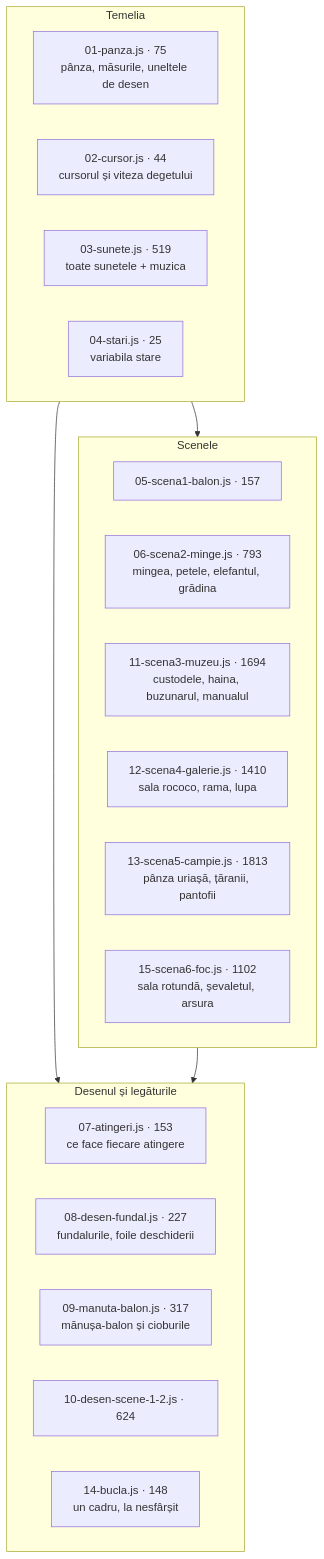
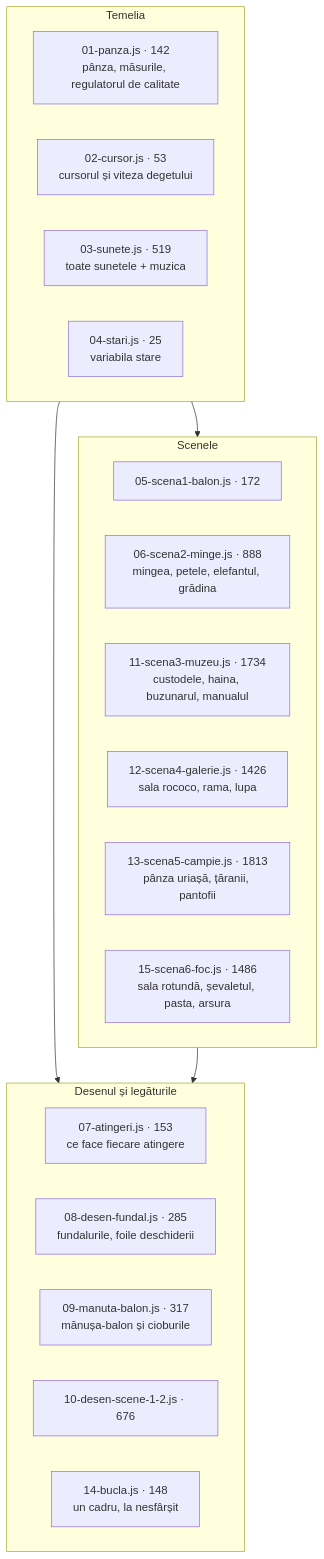
The fifth of 8 diagrams in ARCHITECTURE.md (Whit3G9dNess/Viata-dintr-o-atingere), drawn with Mermaid before and after one commit. The commit also changed other lines of this file and 13 other files, not shown here.

````diff
--- a/ARCHITECTURE.md
+++ b/ARCHITECTURE.md
@@ -115,27 +189,27 @@
 ```mermaid
 flowchart TB
   subgraph T["Temelia"]
-    A1["01-panza.js · 75<br/>pânza, măsurile, uneltele de desen"]
-    A2["02-cursor.js · 44<br/>cursorul și viteza degetului"]
+    A1["01-panza.js · 142<br/>pânza, măsurile, regulatorul de calitate"]
+    A2["02-cursor.js · 53<br/>cursorul și viteza degetului"]
     A3["03-sunete.js · 519<br/>toate sunetele + muzica"]
     A4["04-stari.js · 25<br/>variabila stare"]
   end
   subgraph S["Scenele"]
-    B5["05-scena1-balon.js · 157"]
-    B6["06-scena2-minge.js · 793<br/>mingea, petele, elefantul, grădina"]
-    B11["11-scena3-muzeu.js · 1694<br/>custodele, haina, buzunarul, manualul"]
-    B12["12-scena4-galerie.js · 1410<br/>sala rococo, rama, lupa"]
+    B5["05-scena1-balon.js · 172"]
+    B6["06-scena2-minge.js · 888<br/>mingea, petele, elefantul, grădina"]
+    B11["11-scena3-muzeu.js · 1734<br/>custodele, haina, buzunarul, manualul"]
+    B12["12-scena4-galerie.js · 1426<br/>sala rococo, rama, lupa"]
     B13["13-scena5-campie.js · 1813<br/>pânza uriașă, țăranii, pantofii"]
-    B15["15-scena6-foc.js · 1102<br/>sala rotundă, șevaletul, arsura"]
+    B15["15-scena6-foc.js · 1486<br/>sala rotundă, șevaletul, pasta, arsura"]
   end
   subgraph D["Desenul și legăturile"]
     C7["07-atingeri.js · 153<br/>ce face fiecare atingere"]
-    C8["08-desen-fundal.js · 227<br/>fundalurile, foile deschiderii"]
+    C8["08-desen-fundal.js · 285<br/>fundalurile, foile deschiderii"]
     C9["09-manuta-balon.js · 317<br/>mănușa-balon și cioburile"]
-    C10["10-desen-scene-1-2.js · 624"]
+    C10["10-desen-scene-1-2.js · 676"]
     C14["14-bucla.js · 148<br/>un cadru, la nesfârșit"]
   end
   T --> S
   T --> D
   S --> D
 ```
````
